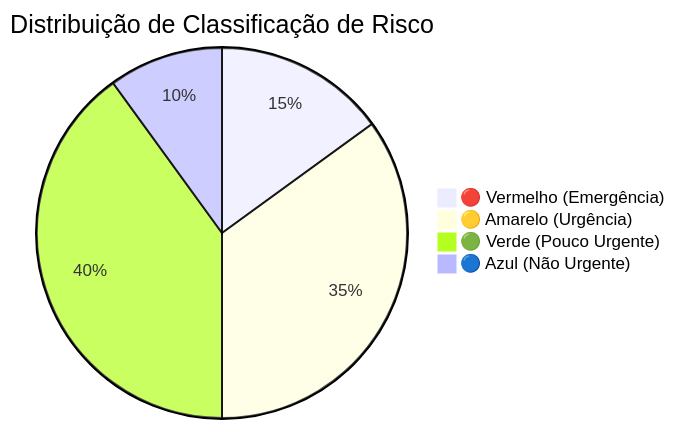
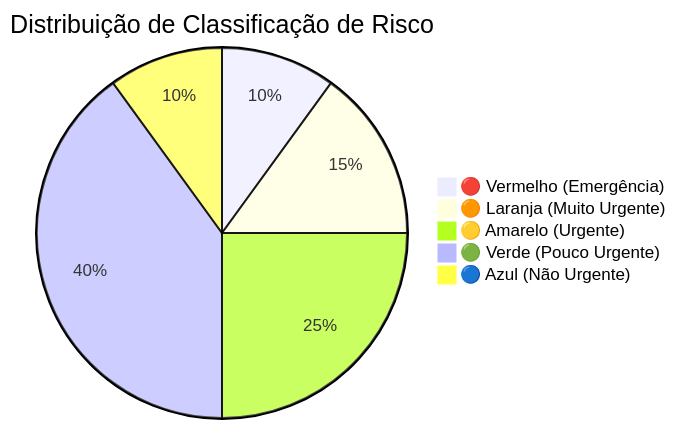
The tenth of 12 diagrams in docs/requeriments/use-flow.md (marcosferreira/prontoatendimento), drawn with Mermaid before and after one commit. The commit also changed other lines of this file and 18 other files, not shown here.

````diff
--- a/docs/requeriments/use-flow.md
+++ b/docs/requeriments/use-flow.md
@@ -521,7 +527,8 @@
 ```mermaid
 pie title Distribuição de Classificação de Risco
-    "🔴 Vermelho (Emergência)" : 15
-    "🟡 Amarelo (Urgência)" : 35
+    "🔴 Vermelho (Emergência)" : 10
+    "🟠 Laranja (Muito Urgente)" : 15
+    "🟡 Amarelo (Urgente)" : 25
     "🟢 Verde (Pouco Urgente)" : 40
     "🔵 Azul (Não Urgente)" : 10
 ```
````
